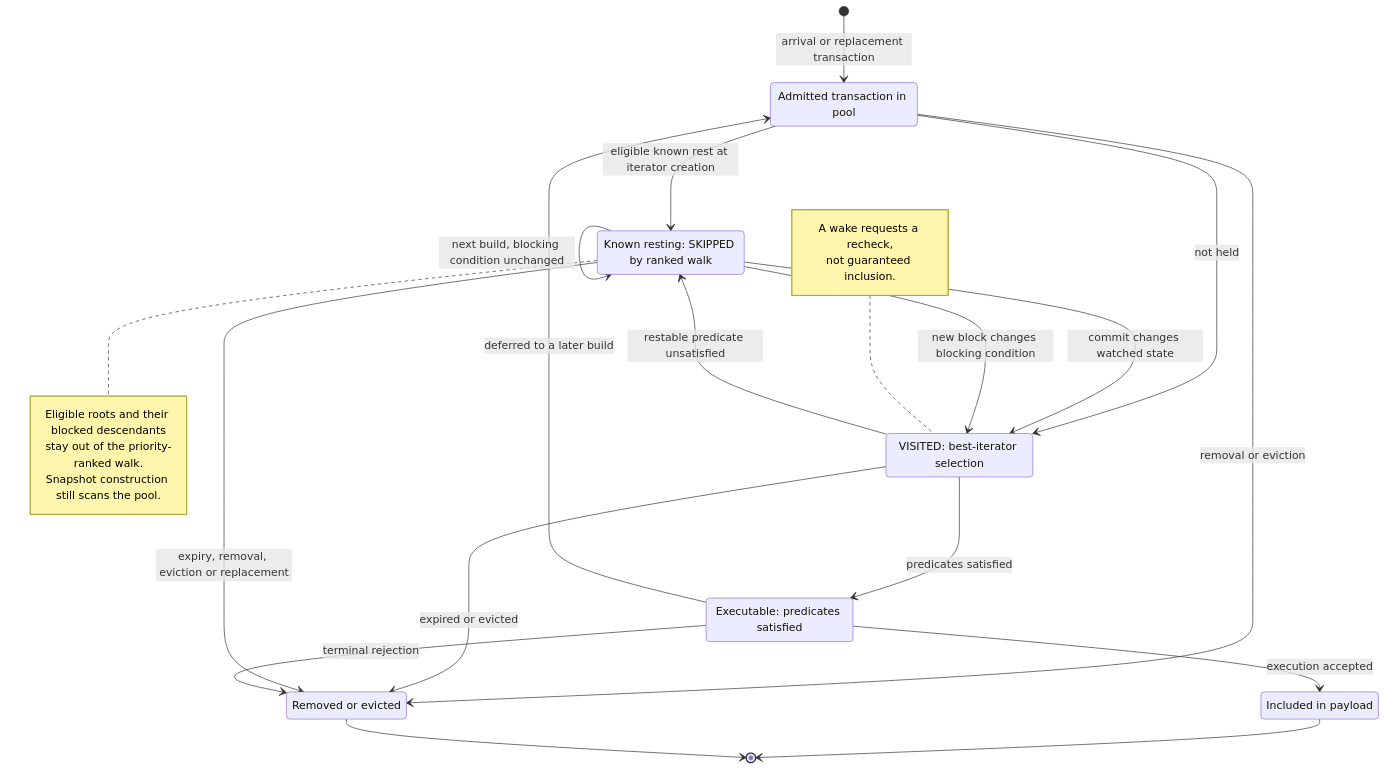
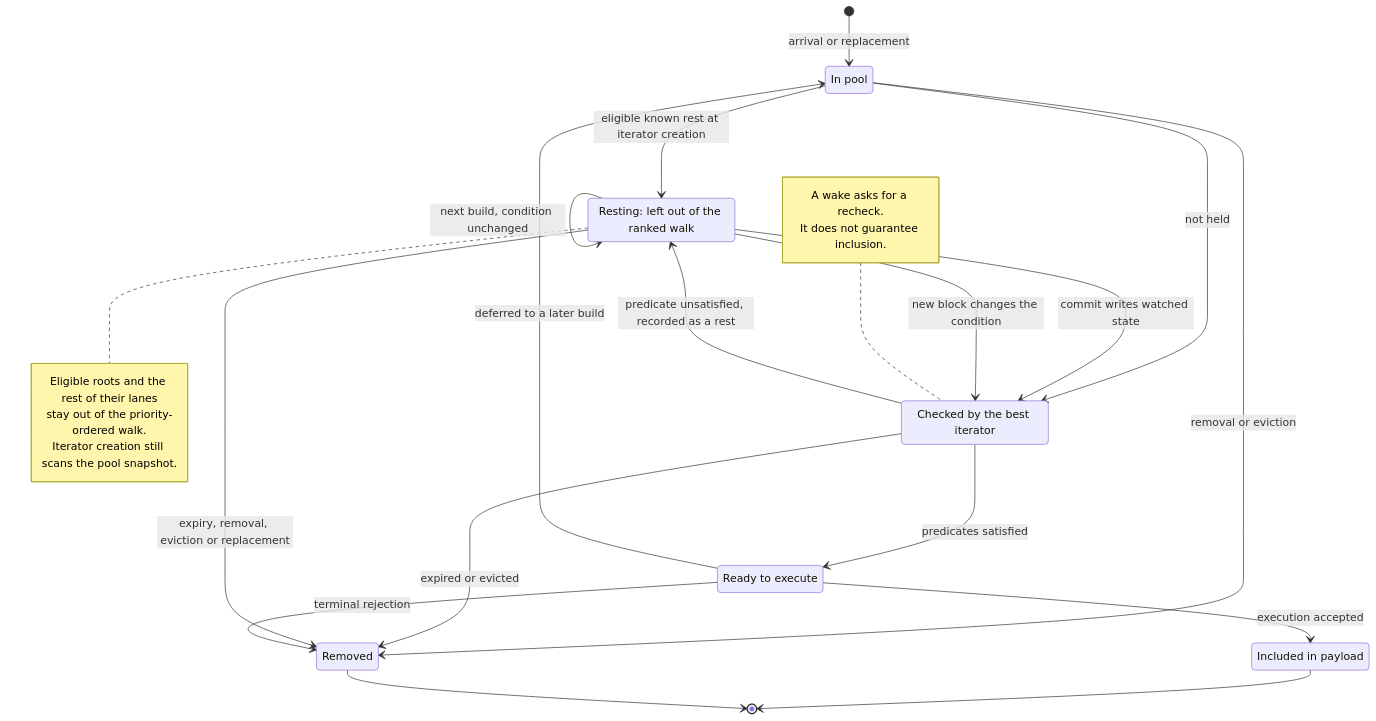
The diagram in crates/execution/txpool/README.md (base/base), drawn with Mermaid before and after one commit. The commit also changed other lines of this file and 2 other files, not shown here.

Commit message:
docs(txpool): explain resting selection in plain language

````diff
--- a/crates/execution/txpool/README.md
+++ b/crates/execution/txpool/README.md
@@ -194,36 +199,36 @@
 ```mermaid
 stateDiagram-v2
-    state "Admitted transaction in pool" as Pending
-    state "VISITED: best-iterator selection" as Selection
-    state "Executable: predicates satisfied" as Executable
-    state "Known resting: SKIPPED by ranked walk" as Resting
+    state "In pool" as Pending
+    state "Checked by the best iterator" as Checked
+    state "Ready to execute" as Executable
+    state "Resting: left out of the ranked walk" as Resting
     state "Included in payload" as Included
-    state "Removed or evicted" as Removed
+    state "Removed" as Removed
 
-    [*] --> Pending: arrival or replacement transaction
+    [*] --> Pending: arrival or replacement
     Pending --> Resting: eligible known rest at iterator creation
-    Pending --> Selection: not held
+    Pending --> Checked: not held
     Pending --> Removed: removal or eviction
-    Selection --> Executable: predicates satisfied
-    Selection --> Resting: restable predicate unsatisfied
-    Selection --> Removed: expired or evicted
-    Resting --> Resting: next build, blocking condition unchanged
-    Resting --> Selection: commit changes watched state
-    Resting --> Selection: new block changes blocking condition
+    Checked --> Executable: predicates satisfied
+    Checked --> Resting: predicate unsatisfied, recorded as a rest
+    Checked --> Removed: expired or evicted
+    Resting --> Resting: next build, condition unchanged
+    Resting --> Checked: commit writes watched state
+    Resting --> Checked: new block changes the condition
     Resting --> Removed: expiry, removal, eviction or replacement
     Executable --> Included: execution accepted
     Executable --> Removed: terminal rejection
     Executable --> Pending: deferred to a later build
     Included --> [*]
     Removed --> [*]
 
     note right of Resting
-        Eligible roots and their blocked descendants
-        stay out of the priority-ranked walk.
-        Snapshot construction still scans the pool.
+        Eligible roots and the rest of their lanes
+        stay out of the priority-ordered walk.
+        Iterator creation still scans the pool snapshot.
     end note
-    note left of Selection
-        A wake requests a recheck,
-        not guaranteed inclusion.
+    note left of Checked
+        A wake asks for a recheck.
+        It does not guarantee inclusion.
     end note
 ```
````
